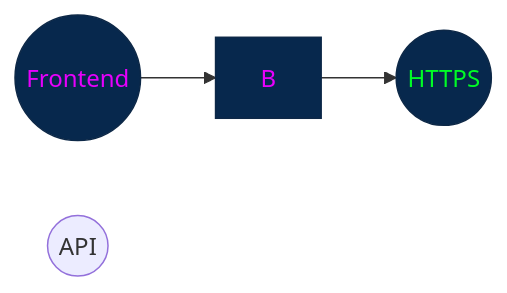
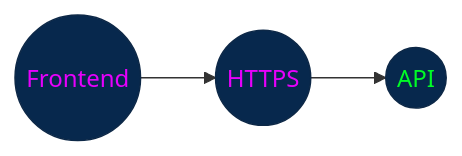
One commit to JhalexR/learning-journey changed diagram 22 of 23 in Knowledge Base/1 Fundamentos Esenciales/4. Datos y comunicación/60 - 69/60 HTTPS y Seguridad.md. Above: the diagram before and after it, drawn with Mermaid.

Commit message:
Update 60 HTTPS y Seguridad.md
The code for the HTTPS and API security diagram is being corrected.

````diff
--- a/Knowledge Base/1 Fundamentos Esenciales/4. Datos y comunicación/60 - 69/60 HTTPS y Seguridad.md
+++ b/Knowledge Base/1 Fundamentos Esenciales/4. Datos y comunicación/60 - 69/60 HTTPS y Seguridad.md
@@ -638,14 +638,14 @@
 ```mermaid
 
 flowchart LR
 
 A(("Frontend"))
 C(("HTTPS"))
 D(("API"))
 
-A --> B --> C 
+A --> C --> D
 
 style A fill:#07284d,stroke:#0d2847,stroke-width:1px,color:#e700fc;
-style B fill:#07284d,stroke:#0d2847,stroke-width:1px,color:#e700fc;
-style C fill:#07284d,stroke:#0d2847,stroke-width:1px,color:#00fc26;
+style C fill:#07284d,stroke:#0d2847,stroke-width:1px,color:#e700fc;
+style D fill:#07284d,stroke:#0d2847,stroke-width:1px,color:#00fc26;
 ```
````
